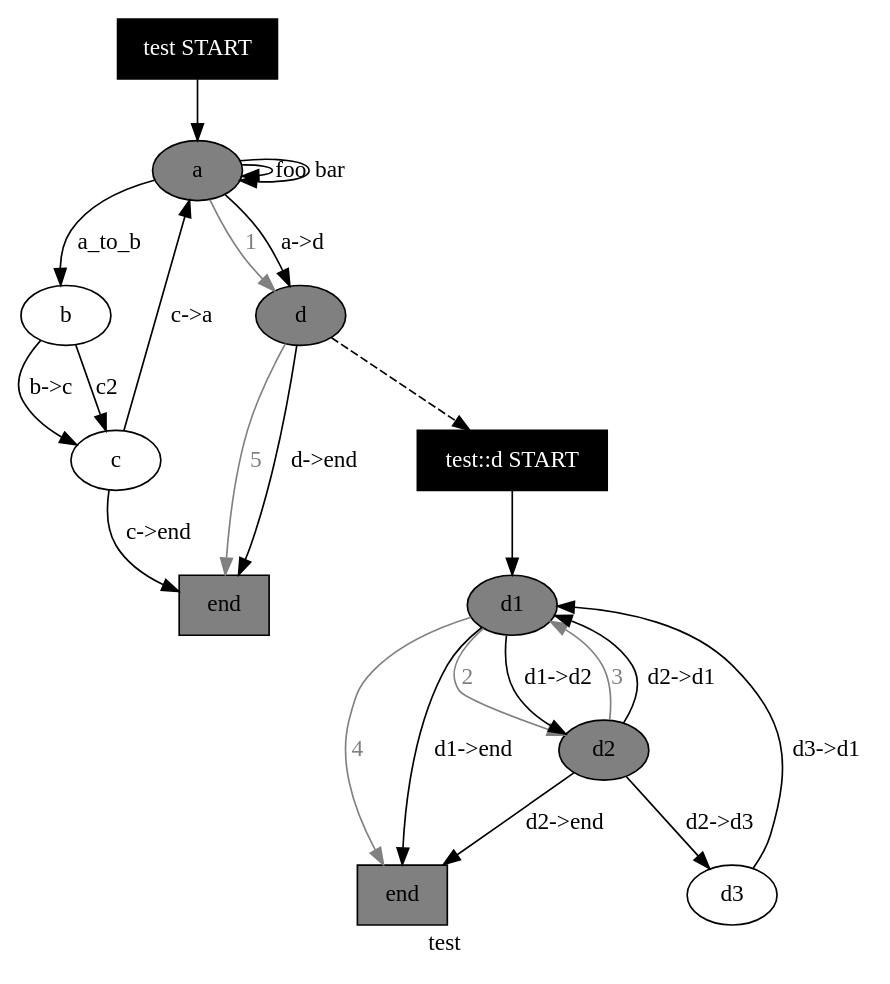
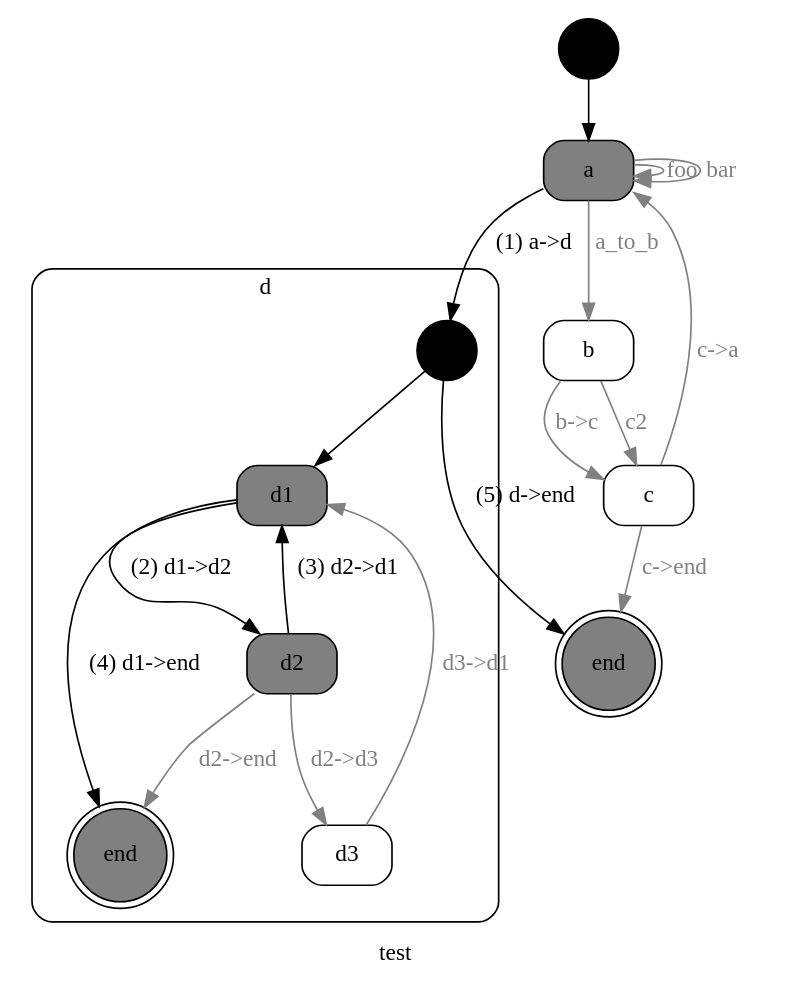
One commit to kstephens/red_steak changed the diagram in example/red_steak-with-substates-history.dot. Above: the diagram before and after it, drawn with Graphviz. The commit also changed 16 other files, not shown here.

```diff
--- a/example/red_steak-with-substates-history.dot
+++ b/example/red_steak-with-substates-history.dot
@@ -1,94 +1,91 @@
 
 // {#<RedSteak::Statemachine [:test]>
-digraph {
-  label = "test"
-  "test_START" [ shape="rectangle", label="test START", style=filled, fillcolor=black, fontcolor=white ]; 
+digraph x1 {
+  label="test"; 
+  node [ shape="circle", label="", style=filled, fillcolor=black ] x1_START; 
 
 // #<RedSteak::State [:a]>
-"test_a" [ shape="oval", label="a", style=filled, color=black, fillcolor=grey, fontcolor=black ];
-"test_START" -> "test_a";
+  node [ shape="box", label="a", style="filled,rounded", color=black, fillcolor=grey, fontcolor=black ] x2;
 
 // #<RedSteak::State [:b]>
-"test_b" [ shape="oval", label="b", style=filled, color=black, fillcolor=white, fontcolor=black ];
+  node [ shape="box", label="b", style="filled,rounded", color=black, fillcolor=white, fontcolor=black ] x3;
 
 // #<RedSteak::State [:c]>
-"test_c" [ shape="oval", label="c", style=filled, color=black, fillcolor=white, fontcolor=black ];
+  node [ shape="box", label="c", style="filled,rounded", color=black, fillcolor=white, fontcolor=black ] x4;
 
 // #<RedSteak::State [:end]>
-"test_end" [ shape="rectangle", label="end", style=filled, color=black, fillcolor=grey, fontcolor=black ];
+  node [ shape="doublecircle", label="end", style="filled,rounded", color=black, fillcolor=grey, fontcolor=black ] x5;
 
 // #<RedSteak::State [:d]>
-"test_d" [ shape="oval", label="d", style=filled, color=black, fillcolor=grey, fontcolor=black ];
 
 // {#<RedSteak::Statemachine [:test, :d, :d]>
-subgraph test_d {
-  label = "test::d"
-  "test_d_START" [ shape="rectangle", label="test::d START", style=filled, fillcolor=black, fontcolor=white ]; 
+subgraph cluster_x6 {
+  label="d"; 
+  shape="box"; 
+  style="filled,rounded"; 
+  fillcolor="white"; 
+  fontcolor="black"; 
+  node [ shape="circle", label="", style=filled, fillcolor=black ] x6_START; 
 
-// #<RedSteak::State [:d]>
-"test_d_d1" [ shape="oval", label="d1", style=filled, color=black, fillcolor=grey, fontcolor=black ];
-"test_d_START" -> "test_d_d1";
+// #<RedSteak::State [:d, :d1]>
+  node [ shape="box", label="d1", style="filled,rounded", color=black, fillcolor=grey, fontcolor=black ] x7;
 
-// #<RedSteak::State [:d]>
-"test_d_d2" [ shape="oval", label="d2", style=filled, color=black, fillcolor=grey, fontcolor=black ];
+// #<RedSteak::State [:d, :d2]>
+  node [ shape="box", label="d2", style="filled,rounded", color=black, fillcolor=grey, fontcolor=black ] x8;
 
-// #<RedSteak::State [:d]>
-"test_d_end" [ shape="rectangle", label="end", style=filled, color=black, fillcolor=grey, fontcolor=black ];
+// #<RedSteak::State [:d, :end]>
+  node [ shape="doublecircle", label="end", style="filled,rounded", color=black, fillcolor=grey, fontcolor=black ] x9;
 
-// #<RedSteak::State [:d]>
-"test_d_d3" [ shape="oval", label="d3", style=filled, color=black, fillcolor=white, fontcolor=black ];
-
-// #<RedSteak::Transition d1 === d1->d2 ==> d2>
-"test_d_d1" -> "test_d_d2" [ label="2", color=gray, fontcolor=gray ];
-"test_d_d1" -> "test_d_d2" [ label="d1->d2", color=black ];
-
-// #<RedSteak::Transition d1 === d1->end ==> end>
-"test_d_d1" -> "test_d_end" [ label="4", color=gray, fontcolor=gray ];
-"test_d_d1" -> "test_d_end" [ label="d1->end", color=black ];
-
-// #<RedSteak::Transition d2 === d2->d1 ==> d1>
-"test_d_d2" -> "test_d_d1" [ label="3", color=gray, fontcolor=gray ];
-"test_d_d2" -> "test_d_d1" [ label="d2->d1", color=black ];
-
-// #<RedSteak::Transition d2 === d2->end ==> end>
-"test_d_d2" -> "test_d_end" [ label="d2->end", color=black ];
-
-// #<RedSteak::Transition d3 === d3->d1 ==> d1>
-"test_d_d3" -> "test_d_d1" [ label="d3->d1", color=black ];
-
-// #<RedSteak::Transition d2 === d2->d3 ==> d3>
-"test_d_d2" -> "test_d_d3" [ label="d2->d3", color=black ];
+// #<RedSteak::State [:d, :d3]>
+  node [ shape="box", label="d3", style="filled,rounded", color=black, fillcolor=white, fontcolor=black ] x10;
 }
 // } #<RedSteak::Statemachine [:test, :d, :d]>
-"test_d" -> "test_d_START" [ style=dashed ];
 
-// #<RedSteak::Transition a === foo ==> a>
-"test_a" -> "test_a" [ label="foo", color=black ];
+// #<RedSteak::Transition :foo :a -> :a>
+x2 -> x2 [ label="foo", color=gray, fontcolor=gray ];
 
-// #<RedSteak::Transition a === bar ==> a>
-"test_a" -> "test_a" [ label="bar", color=black ];
+// #<RedSteak::Transition :bar :a -> :a>
+x2 -> x2 [ label="bar", color=gray, fontcolor=gray ];
 
-// #<RedSteak::Transition a === a_to_b ==> b>
-"test_a" -> "test_b" [ label="a_to_b", color=black ];
+// #<RedSteak::Transition :a_to_b :a -> :b>
+x2 -> x3 [ label="a_to_b", color=gray, fontcolor=gray ];
 
-// #<RedSteak::Transition b === b->c ==> c>
-"test_b" -> "test_c" [ label="b->c", color=black ];
+// #<RedSteak::Transition :"b->c" :b -> :c>
+x3 -> x4 [ label="b->c", color=gray, fontcolor=gray ];
 
-// #<RedSteak::Transition b === c2 ==> c>
-"test_b" -> "test_c" [ label="c2", color=black ];
+// #<RedSteak::Transition :c2 :b -> :c>
+x3 -> x4 [ label="c2", color=gray, fontcolor=gray ];
 
-// #<RedSteak::Transition c === c->a ==> a>
-"test_c" -> "test_a" [ label="c->a", color=black ];
+// #<RedSteak::Transition :"c->a" :c -> :a>
+x4 -> x2 [ label="c->a", color=gray, fontcolor=gray ];
 
-// #<RedSteak::Transition c === c->end ==> end>
-"test_c" -> "test_end" [ label="c->end", color=black ];
+// #<RedSteak::Transition :"c->end" :c -> :end>
+x4 -> x5 [ label="c->end", color=gray, fontcolor=gray ];
 
-// #<RedSteak::Transition a === a->d ==> d>
-"test_a" -> "test_d" [ label="1", color=gray, fontcolor=gray ];
-"test_a" -> "test_d" [ label="a->d", color=black ];
+// #<RedSteak::Transition :"a->d" :a -> :d>
+x2 -> x6_START [ label="(1) a->d", color=black, fontcolor=black ];
 
-// #<RedSteak::Transition d === d->end ==> end>
-"test_d" -> "test_end" [ label="5", color=gray, fontcolor=gray ];
-"test_d" -> "test_end" [ label="d->end", color=black ];
+// #<RedSteak::Transition :"d->end" :d -> :end>
+x6_START -> x5 [ label="(5) d->end", color=black, fontcolor=black ];
+x1_START -> x2;
+
+// #<RedSteak::Transition :"d1->d2" :d1 -> :d2>
+x7 -> x8 [ label="(2) d1->d2", color=black, fontcolor=black ];
+
+// #<RedSteak::Transition :"d1->end" :d1 -> :end>
+x7 -> x9 [ label="(4) d1->end", color=black, fontcolor=black ];
+
+// #<RedSteak::Transition :"d2->d1" :d2 -> :d1>
+x8 -> x7 [ label="(3) d2->d1", color=black, fontcolor=black ];
+
+// #<RedSteak::Transition :"d2->end" :d2 -> :end>
+x8 -> x9 [ label="d2->end", color=gray, fontcolor=gray ];
+
+// #<RedSteak::Transition :"d3->d1" :d3 -> :d1>
+x10 -> x7 [ label="d3->d1", color=gray, fontcolor=gray ];
+
+// #<RedSteak::Transition :"d2->d3" :d2 -> :d3>
+x8 -> x10 [ label="d2->d3", color=gray, fontcolor=gray ];
+x6_START -> x7;
 }
 // } #<RedSteak::Statemachine [:test]>
```
